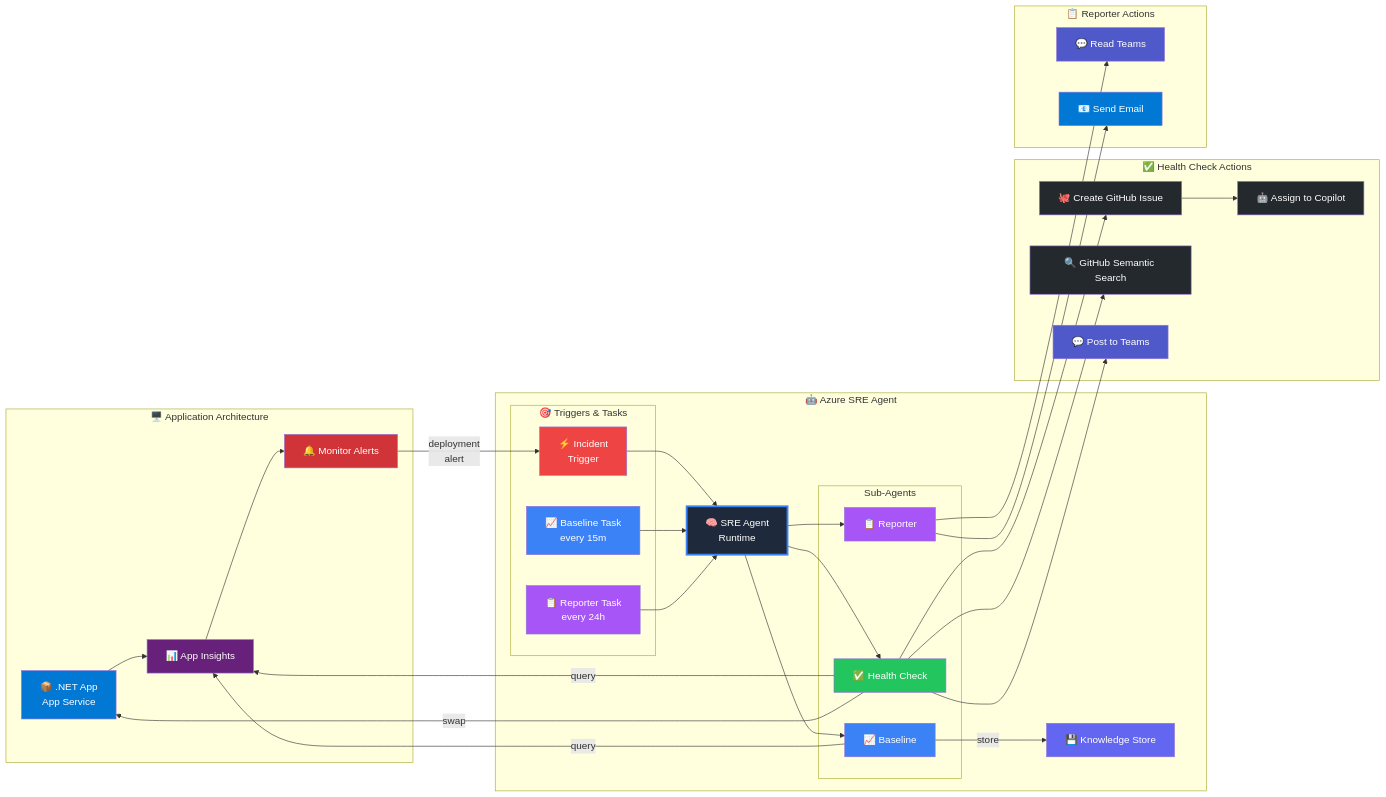
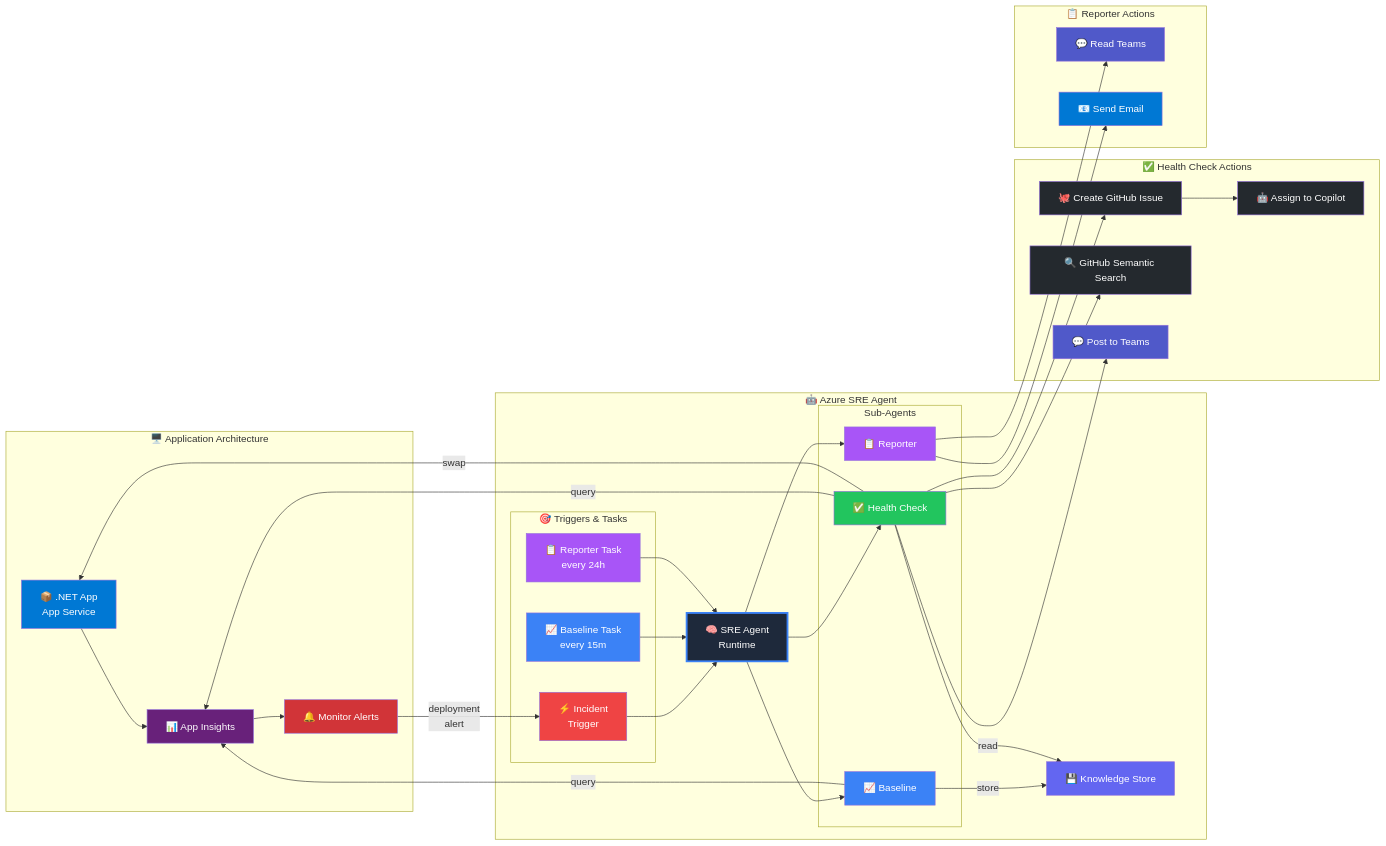
The diagram in README.md (meetshamir/dotnetday), drawn with Mermaid before and after one commit.

Commit message:
Add Health Check reads from Knowledge Store

```diff
--- a/README.md
+++ b/README.md
@@ -62,6 +62,7 @@
         RUNTIME --> BASELINE
         RUNTIME --> REPORTER
         BASELINE -->|"store"| KNOWLEDGE
+        HEALTH -->|"read"| KNOWLEDGE
     end
 
     %% ===== HEALTH CHECK ACTIONS (Right) =====
```
